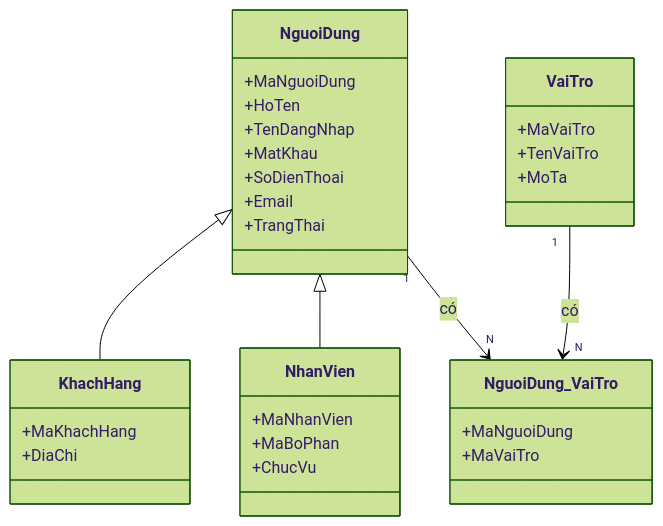
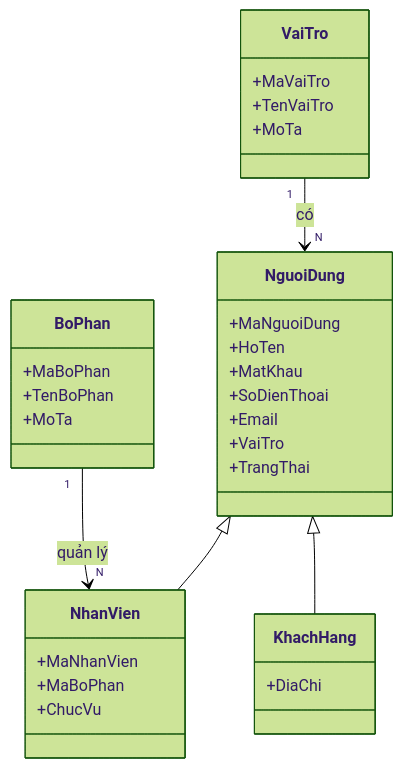
The first of 14 diagrams in WarehouseSystem_SRS_hoan_chinh.md (vthaix/WarehouseSystem), drawn with Mermaid (forest theme) before and after one commit. The commit also changed other lines of this file, not shown here.

````diff
--- a/WarehouseSystem_SRS_hoan_chinh.md
+++ b/WarehouseSystem_SRS_hoan_chinh.md
@@ -1484,35 +7,41 @@
 ```mermaid
 classDiagram
+
     class NguoiDung {
         +MaNguoiDung
         +HoTen
-        +TenDangNhap
         +MatKhau
         +SoDienThoai
         +Email
+        +VaiTro
         +TrangThai
     }
-    class KhachHang {
-        +MaKhachHang
-        +DiaChi
-    }
+
     class NhanVien {
         +MaNhanVien
         +MaBoPhan
         +ChucVu
     }
+
+    class KhachHang {
+        +DiaChi
+    }
+
     class VaiTro {
         +MaVaiTro
         +TenVaiTro
         +MoTa
     }
-    class NguoiDung_VaiTro {
-        +MaNguoiDung
-        +MaVaiTro
+
+    class BoPhan {
+        +MaBoPhan
+        +TenBoPhan
+        +MoTa
     }
 
+    NguoiDung <|-- NhanVien
     NguoiDung <|-- KhachHang
-    NguoiDung <|-- NhanVien
-    NguoiDung "1" --> "N" NguoiDung_VaiTro : có
-    VaiTro "1" --> "N" NguoiDung_VaiTro : có
+    VaiTro "1" --> "N" NguoiDung : có
+    BoPhan "1" --> "N" NhanVien : quản lý
+
 ```
````
